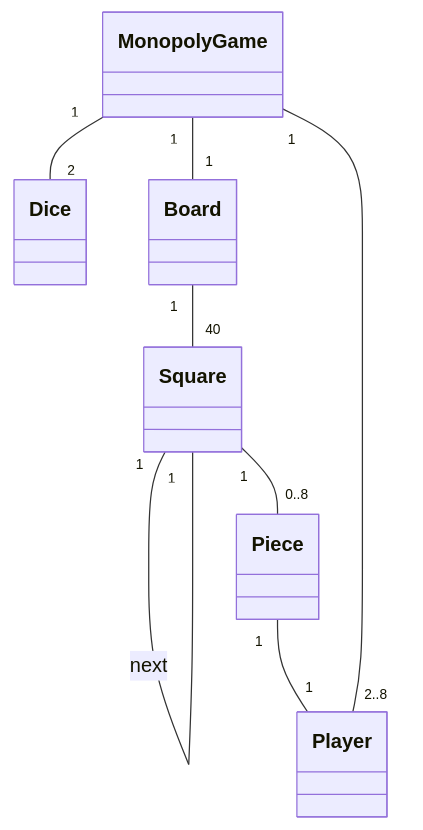
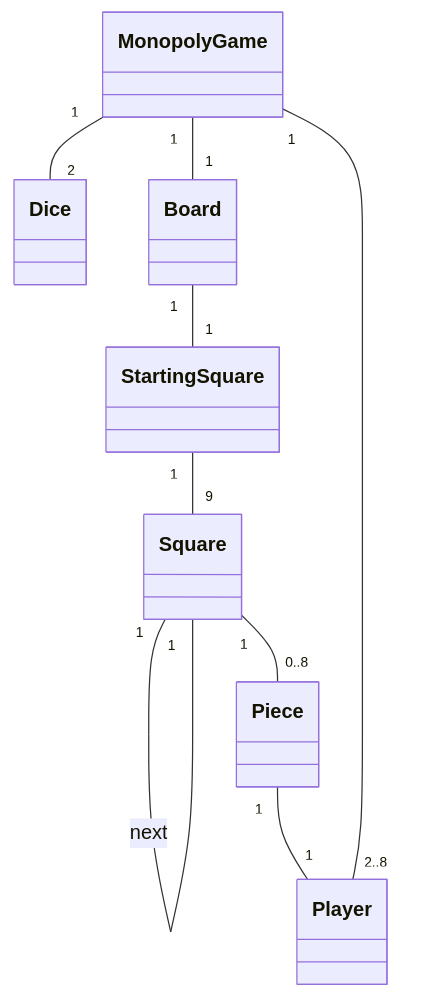
Before and after one commit to SouperSalamander/ot-harjoitustyo: the diagram in laskarit/viikko3/monopoly.md, drawn with Mermaid.

Commit message:
Update monopoly.md
changed stuff

````diff
--- a/laskarit/viikko3/monopoly.md
+++ b/laskarit/viikko3/monopoly.md
@@ -1,10 +1,11 @@
 ```mermaid
  classDiagram
     MonopolyGame "1" -- "2" Dice
     MonopolyGame "1" -- "1" Board
-    Board "1" -- "40" Square
+    Board "1" -- "1" StartingSquare
+    StartingSquare "1" -- "9" Square
     Square "1" -- "1" Square : next
     Square "1" -- "0..8" Piece
     Piece "1" -- "1" Player
     Player "2..8" -- "1" MonopolyGame
 ```
````
